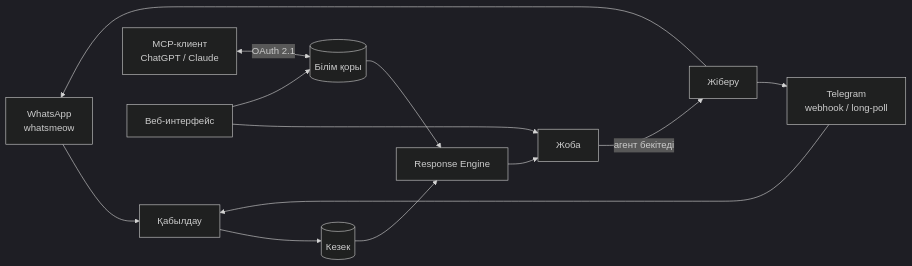
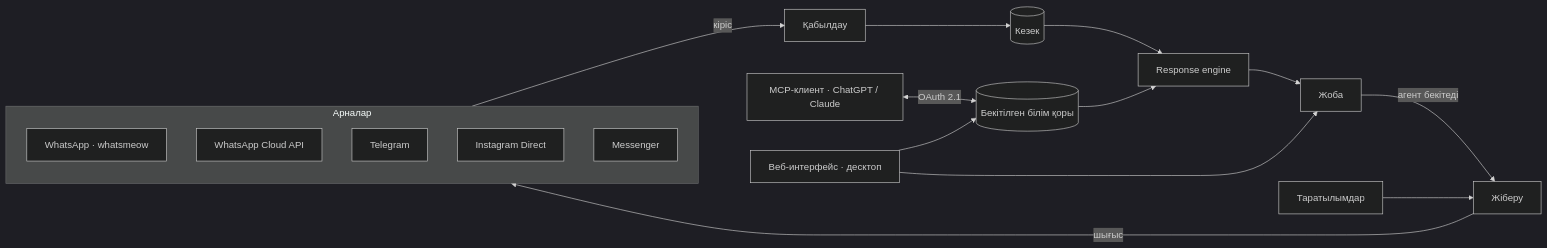
One commit to yerassyldanay/xchats changed the diagram in README.kk.md. Above: the diagram before and after it, drawn with Mermaid (dark theme). The commit also changed other lines of this file and 7 other files, not shown here.

````diff
--- a/README.kk.md
+++ b/README.kk.md
@@ -99,15 +194,23 @@
 ```mermaid
 flowchart LR
-    WA[WhatsApp\nwhatsmeow] --> ING[Қабылдау]
-    TG[Telegram\nwebhook / long-poll] --> ING
-    ING --> Q[(Кезек)]
-    Q --> ENG[Response Engine]
-    KB[(Білім қоры)] --> ENG
-    ENG --> DR[Жоба]
-    DR -->|агент бекітеді| SEND[Жіберу]
-    SEND --> WA
-    SEND --> TG
-    MCP[MCP-клиент\nChatGPT / Claude] <-->|OAuth 2.1| KB
-    UI[Веб-интерфейс] --> DR
+    subgraph CH["Арналар"]
+        WA["WhatsApp · whatsmeow"]
+        WAC["WhatsApp Cloud API"]
+        TG["Telegram"]
+        IG["Instagram Direct"]
+        MS["Messenger"]
+    end
+
+    CH -->|кіріс| ING["Қабылдау"]
+    ING --> Q[("Кезек")]
+    Q --> ENG["Response engine"]
+    KB[("Бекітілген білім қоры")] --> ENG
+    ENG --> DR["Жоба"]
+    DR -->|агент бекітеді| SEND["Жіберу"]
+    CMP["Таратылымдар"] --> SEND
+    SEND -->|шығыс| CH
+
+    MCP["MCP-клиент · ChatGPT / Claude"] <-->|"OAuth 2.1"| KB
+    UI["Веб-интерфейс · десктоп"] --> DR
     UI --> KB
 ```
````
